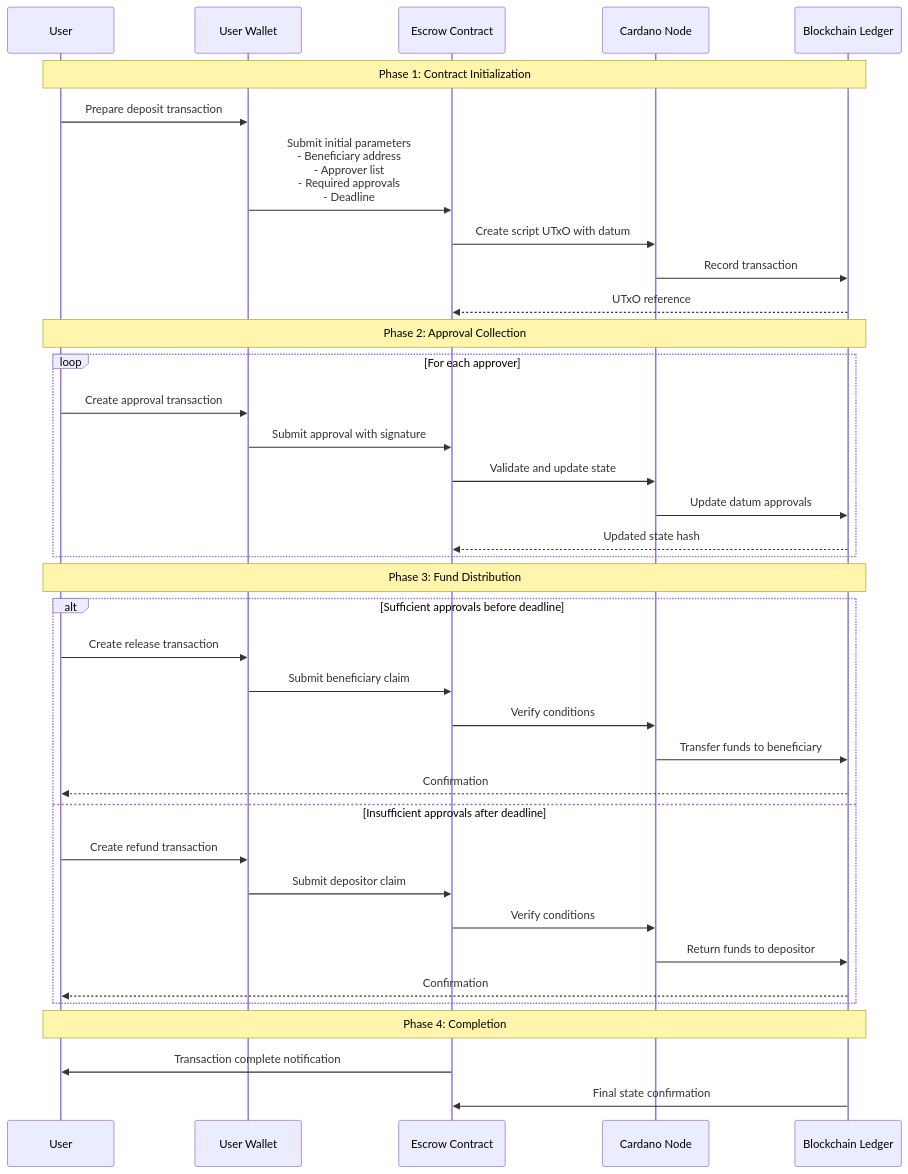
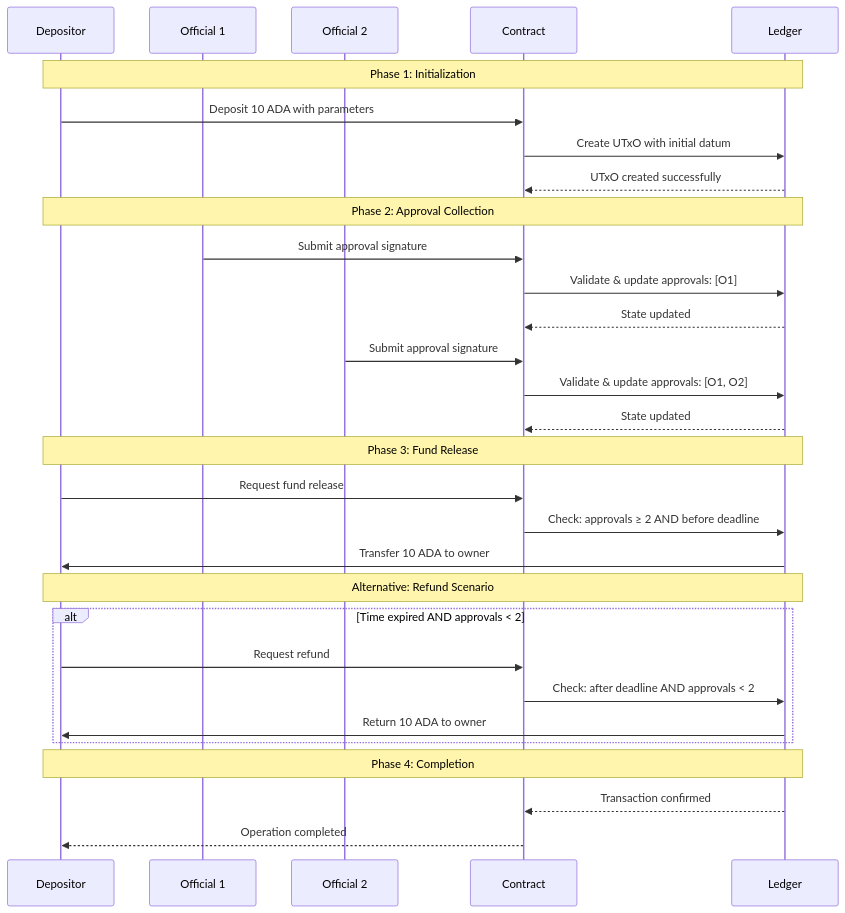
Before and after one commit to Onyinyechi46/Fund-Governance: the second of 3 diagrams in Tutorial.md, drawn with Mermaid. The commit also changed other lines of this file, not shown here.

First line of the commit message:
Revise tutorial for Fund Governance Smart Contract

````diff
--- a/Tutorial.md
+++ b/Tutorial.md
@@ -87,43 +85,38 @@
 ```mermaid
 sequenceDiagram
-    participant User as User
-    participant Wallet as User Wallet
-    participant Contract as Escrow Contract
-    participant Node as Cardano Node
-    participant Ledger as Blockchain Ledger
+    participant D as Depositor
+    participant O1 as Official 1
+    participant O2 as Official 2
+    participant C as Contract
+    participant L as Ledger
     
-    Note over User, Ledger: Phase 1: Contract Initialization
-    User->>Wallet: Prepare deposit transaction
-    Wallet->>Contract: Submit initial parameters<br/>- Beneficiary address<br/>- Approver list<br/>- Required approvals<br/>- Deadline
-    Contract->>Node: Create script UTxO with datum
-    Node->>Ledger: Record transaction
-    Ledger-->>Contract: UTxO reference
+    Note over D,L: Phase 1: Initialization
+    D->>C: Deposit 10 ADA with parameters
+    C->>L: Create UTxO with initial datum
+    L-->>C: UTxO created successfully
     
-    Note over User, Ledger: Phase 2: Approval Collection
-    loop For each approver
-        User->>Wallet: Create approval transaction
-        Wallet->>Contract: Submit approval with signature
-        Contract->>Node: Validate and update state
-        Node->>Ledger: Update datum approvals
-        Ledger-->>Contract: Updated state hash
+    Note over D,L: Phase 2: Approval Collection
+    O1->>C: Submit approval signature
+    C->>L: Validate & update approvals: [O1]
+    L-->>C: State updated
+    
+    O2->>C: Submit approval signature
+    C->>L: Validate & update approvals: [O1, O2]
+    L-->>C: State updated
+    
+    Note over D,L: Phase 3: Fund Release
+    D->>C: Request fund release
+    C->>L: Check: approvals ≥ 2 AND before deadline
+    L->>D: Transfer 10 ADA to owner
+    
+    Note over D,L: Alternative: Refund Scenario
+    alt Time expired AND approvals < 2
+        D->>C: Request refund
+        C->>L: Check: after deadline AND approvals < 2
+        L->>D: Return 10 ADA to owner
     end
     
-    Note over User, Ledger: Phase 3: Fund Distribution
-    alt Sufficient approvals before deadline
-        User->>Wallet: Create release transaction
-        Wallet->>Contract: Submit beneficiary claim
-        Contract->>Node: Verify conditions
-        Node->>Ledger: Transfer funds to beneficiary
-        Ledger-->>User: Confirmation
-    else Insufficient approvals after deadline
-        User->>Wallet: Create refund transaction
-        Wallet->>Contract: Submit depositor claim
-        Contract->>Node: Verify conditions
-        Node->>Ledger: Return funds to depositor
-        Ledger-->>User: Confirmation
-    end
-    
-    Note over User, Ledger: Phase 4: Completion
-    Contract->>User: Transaction complete notification
-    Ledger->>Contract: Final state confirmation
+    Note over D,L: Phase 4: Completion
+    L-->>C: Transaction confirmed
+    C-->>D: Operation completed
 ```
````
